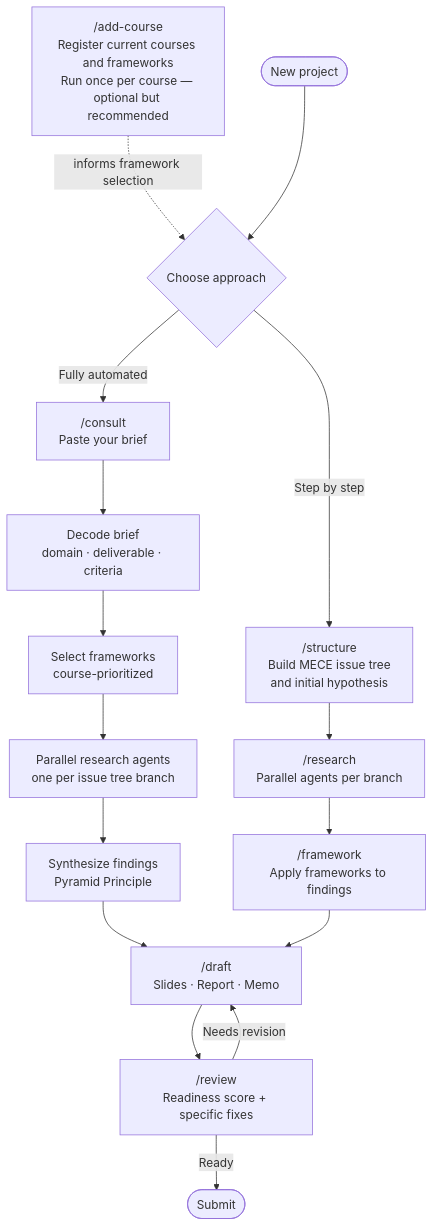
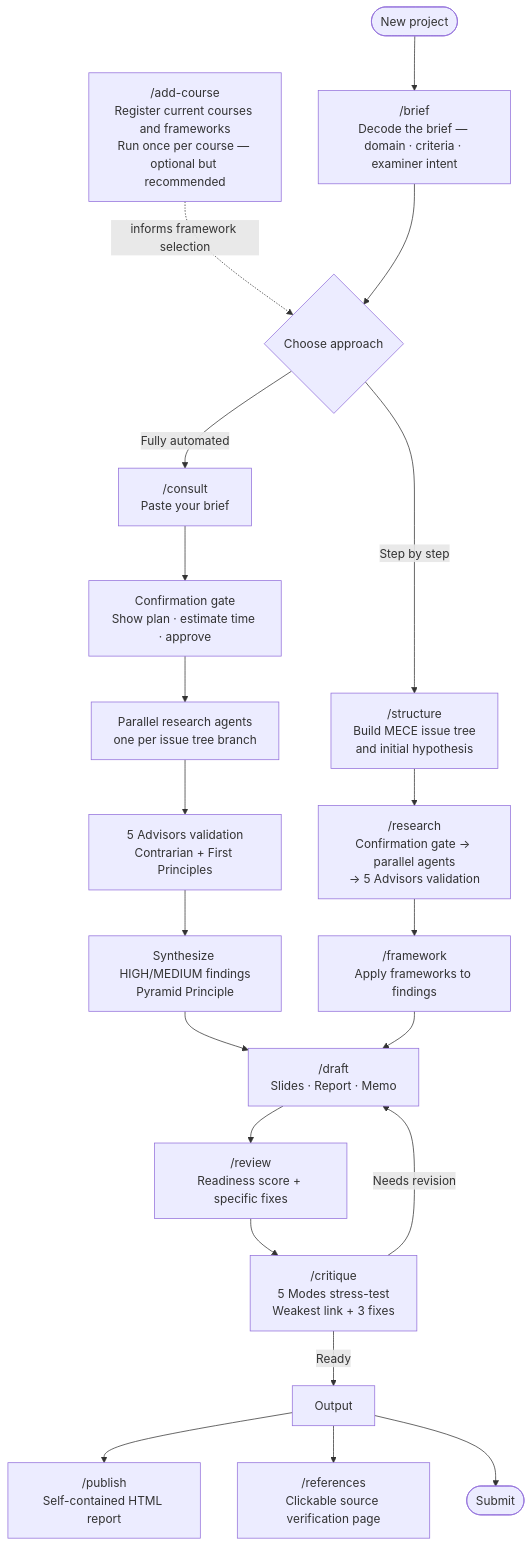
The diagram in README.md (cassieyue/consultant-ai), drawn with Mermaid before and after one commit. The commit also changed other lines of this file and 1 other file, not shown here.

Commit message:
Update README and PRD to reflect v1.1 current state
README:
- Update "What it does" bullets to cover confirmation gate, 5 Advisors
  validation, /critique, /publish, and /references
- Update workflow diagram to include /brief at entry, confirmation gate and
  validation steps in research path, /critique between review and submit,
  and /publish + /references as output artifacts

PRD:
- Bump to v1.1, status Active
- Update /consult and /research specs to document confirmation gate, 5 Advisors
  validation pass, and error recovery behavior
- Add specs for /brief (5.8), /critique (5.9), /references (5.10), /publish (5.11)
- Update architecture components table to reflect current skill layout
- Mark resolved gaps in sections 11.1, 11.3, 11.5 (HTML export, citation export,
  contradiction detection, source validation, PDF brief parsing)
- Mark completed near-term opportunities (items 2, 4, 5, 8)
- Update limitations to reflect /publish HTML output and current state

````diff
--- a/README.md
+++ b/README.md
@@ -200,25 +202,31 @@
 ```mermaid
 flowchart TD
     Setup["/add-course\nRegister current courses and frameworks\nRun once per course — optional but recommended"]
     Setup -.->|informs framework selection| C
 
-    A([New project]) --> C{Choose approach}
+    A([New project]) --> B["/brief\nDecode the brief — domain · criteria · examiner intent"]
+    B --> C{Choose approach}
 
     C -->|Fully automated| D["/consult\nPaste your brief"]
     C -->|Step by step| E["/structure\nBuild MECE issue tree\nand initial hypothesis"]
 
-    D --> D1[Decode brief\ndomain · deliverable · criteria]
-    D1 --> D2[Select frameworks\ncourse-prioritized]
-    D2 --> D3[Parallel research agents\none per issue tree branch]
-    D3 --> D4[Synthesize findings\nPyramid Principle]
+    D --> D1[Confirmation gate\nShow plan · estimate time · approve]
+    D1 --> D2[Parallel research agents\none per issue tree branch]
+    D2 --> D3[5 Advisors validation\nContrarian + First Principles]
+    D3 --> D4[Synthesize HIGH/MEDIUM findings\nPyramid Principle]
     D4 --> F
 
-    E --> E1["/research\nParallel agents per branch"]
+    E --> E1["/research\nConfirmation gate → parallel agents\n→ 5 Advisors validation"]
     E1 --> E2["/framework\nApply frameworks to findings"]
     E2 --> F
 
     F["/draft\nSlides · Report · Memo"]
     F --> G["/review\nReadiness score + specific fixes"]
-    G -->|Needs revision| F
-    G -->|Ready| H([Submit])
+    G --> GC["/critique\n5 Modes stress-test\nWeakest link + 3 fixes"]
+    GC -->|Needs revision| F
+    GC -->|Ready| OUT[Output]
+
+    OUT --> P["/publish\nSelf-contained HTML report"]
+    OUT --> R["/references\nClickable source verification page"]
+    OUT --> S([Submit])
 ```
````
